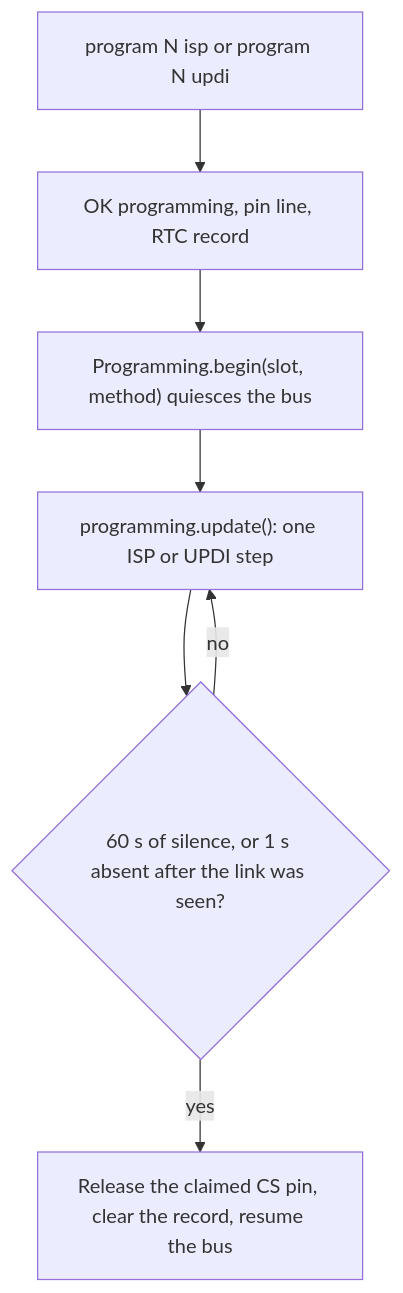
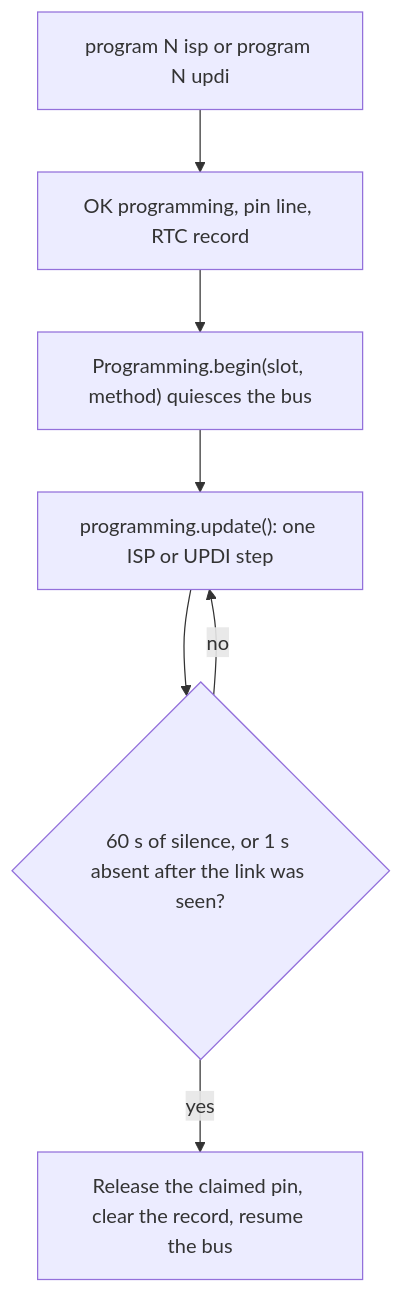
Before and after one commit to WiddleWabbit/MQTT-ModularControllerBoard: the diagram in Firmware/docs/programming.md, drawn with Mermaid. The commit also changed other lines of this file and 23 other files, not shown here.

````diff
--- a/Firmware/docs/programming.md
+++ b/Firmware/docs/programming.md
@@ -29,9 +29,9 @@
 ```mermaid
 flowchart TD
   cmd["program N isp or program N updi"] --> ok["OK programming, pin line, RTC record"]
   ok --> begin["Programming.begin(slot, method) quiesces the bus"]
   begin --> step["programming.update(): one ISP or UPDI step"]
   step --> done{"60 s of silence, or 1 s absent after the link was seen?"}
   done -->|no| step
-  done -->|yes| resume["Release the claimed CS pin, clear the record, resume the bus"]
+  done -->|yes| resume["Release the claimed pin, clear the record, resume the bus"]
 ```
````
